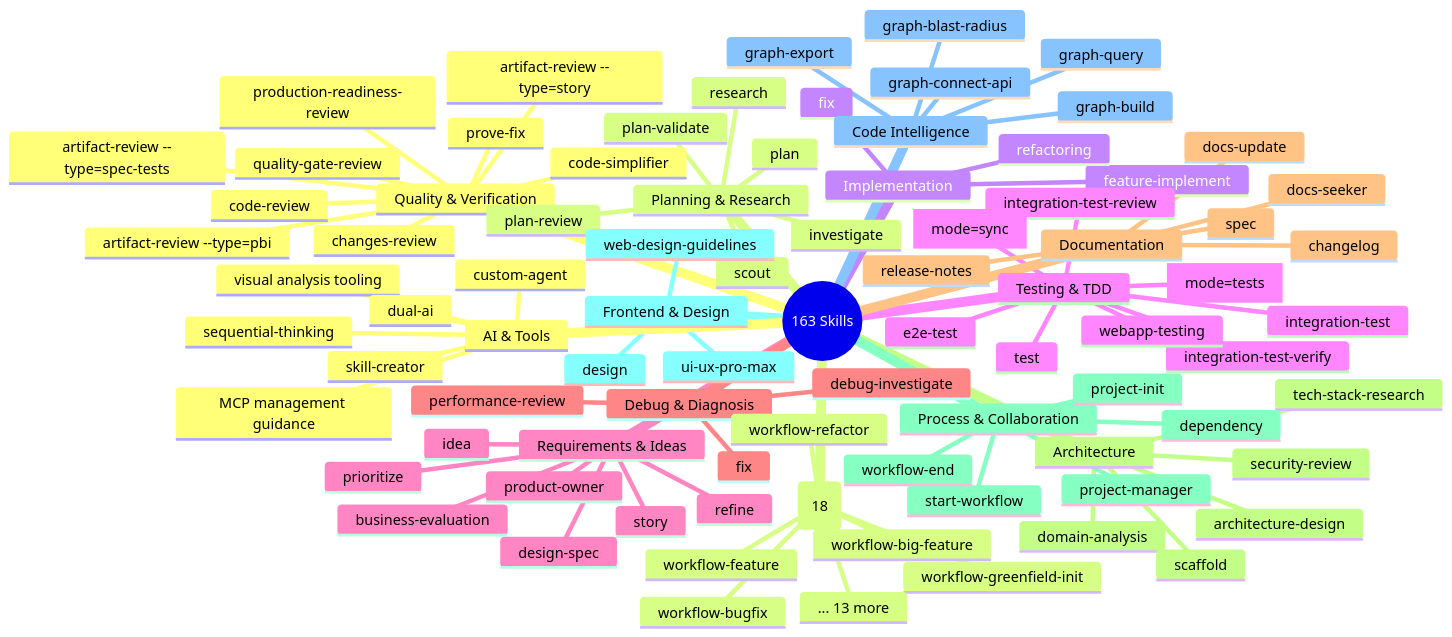
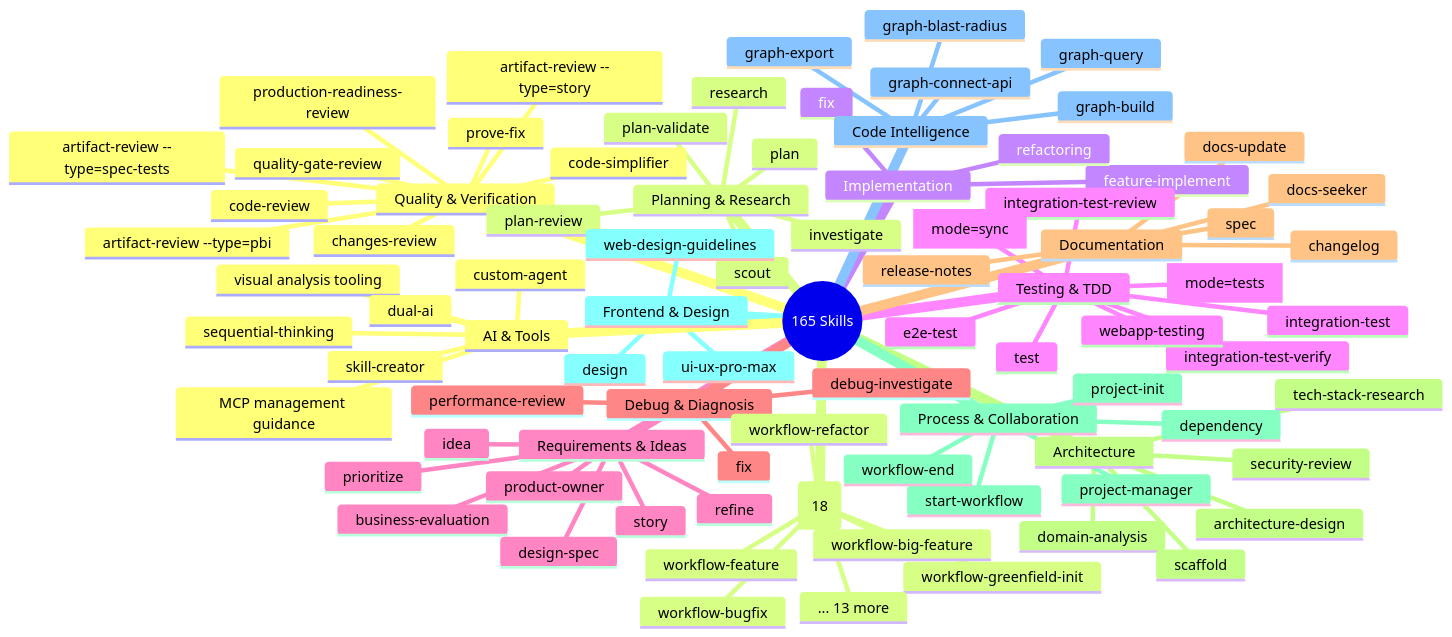
One commit to duc01226/EasyPlatform changed the fifth of 20 diagrams in .claude/docs/claude-ai-agent-framework-guide.md. Above: the diagram before and after it, drawn with Mermaid. The commit also changed other lines of this file and 529 other files, not shown here.

````diff
--- a/.claude/docs/claude-ai-agent-framework-guide.md
+++ b/.claude/docs/claude-ai-agent-framework-guide.md
@@ -460,6 +460,6 @@
 ```mermaid
 mindmap
-  root((163 Skills))
+  root((165 Skills))
     Quality & Verification
       code-review
       prove-fix
````
